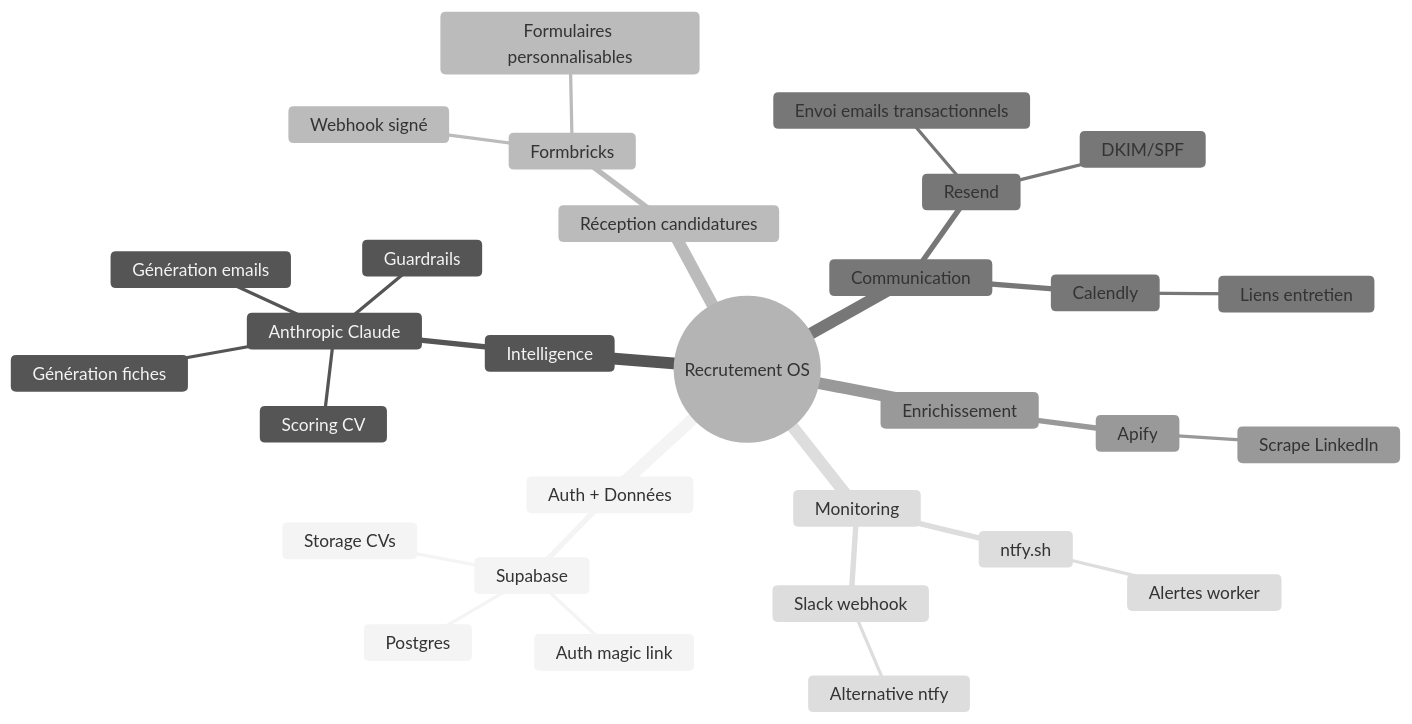
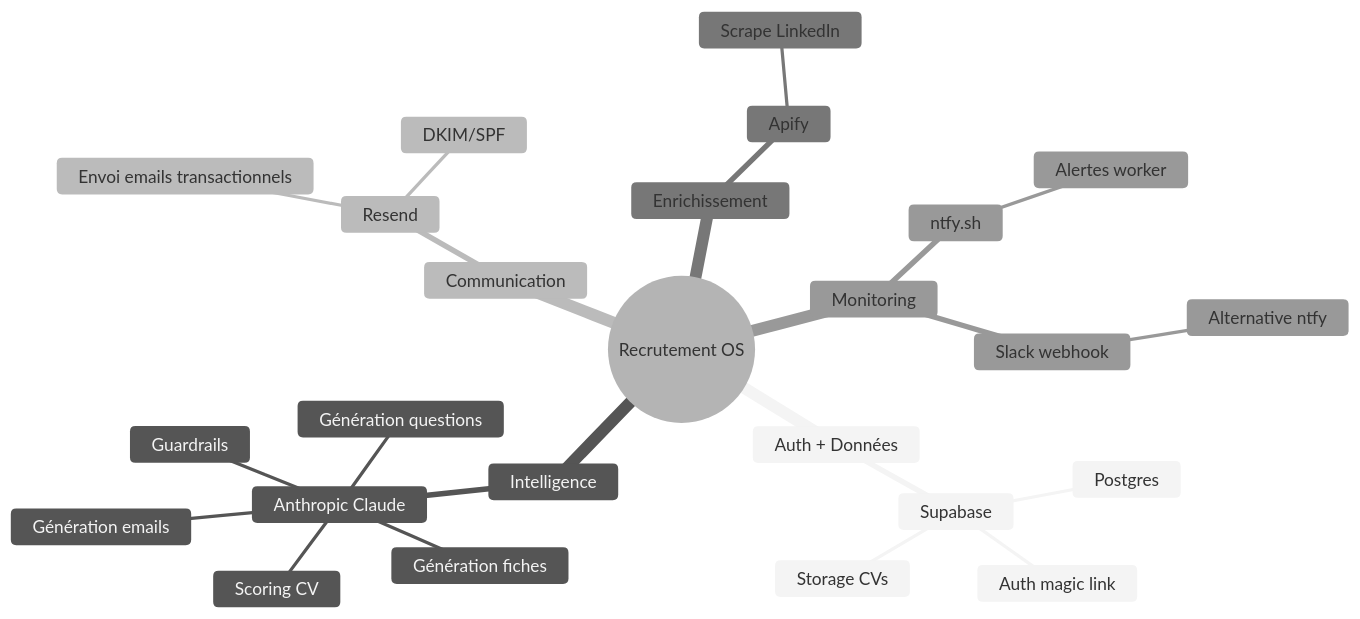
Before and after one commit to EnzoDnt/rh-system: the fourth of 5 diagrams in docs/01-comprendre/architecture.md, drawn with Mermaid (neutral theme). The commit also changed other lines of this file and 3 other files, not shown here.

````diff
--- a/docs/01-comprendre/architecture.md
+++ b/docs/01-comprendre/architecture.md
@@ -169,33 +168,28 @@
 ```mermaid
 mindmap
   root((Recrutement OS))
     Auth + Données
       Supabase
         Postgres
         Auth magic link
         Storage CVs
     Intelligence
       Anthropic Claude
         Scoring CV
         Génération emails
         Génération fiches
+        Génération questions
         Guardrails
-    Réception candidatures
-      Formbricks
-        Formulaires personnalisables
-        Webhook signé
     Communication
       Resend
         Envoi emails transactionnels
         DKIM/SPF
-      Calendly
-        Liens entretien
     Enrichissement
       Apify
         Scrape LinkedIn
     Monitoring
       ntfy.sh
         Alertes worker
       Slack webhook
         Alternative ntfy
 ```
````
